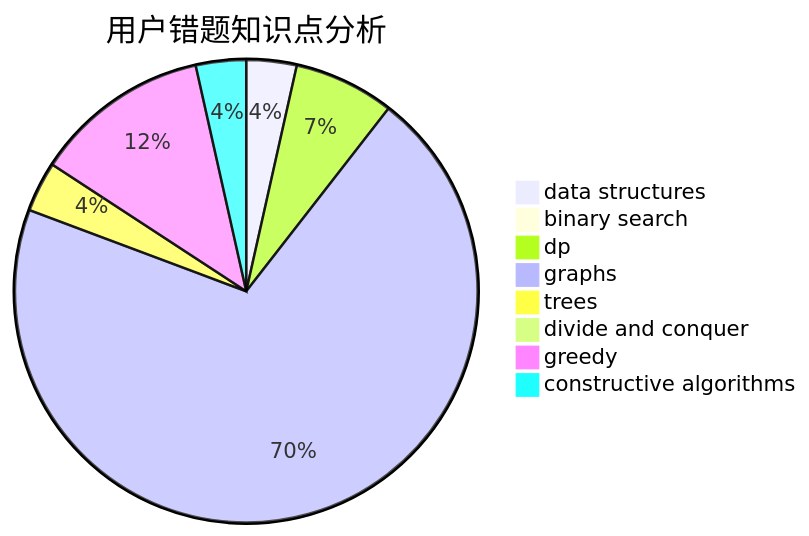
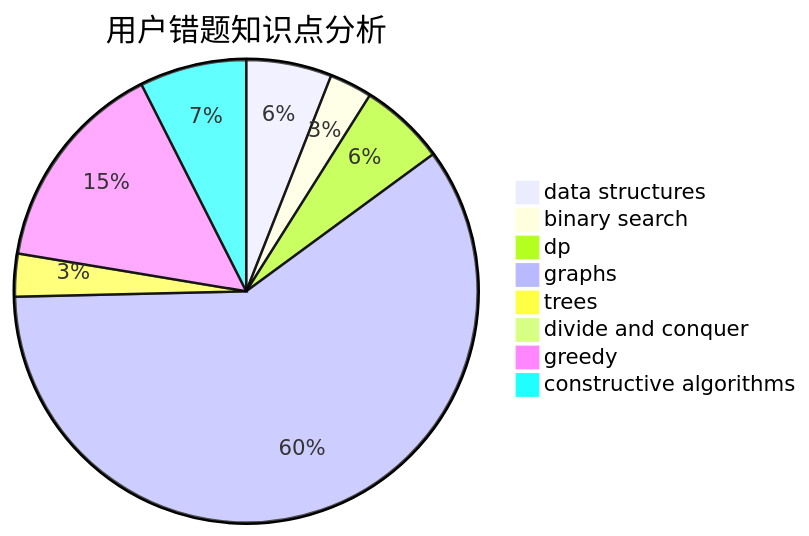
The third of 3 diagrams in docs/user/u2082.md (sherpahu/cfrs.github.io), drawn with Mermaid before and after one commit. The commit also changed other lines of this file and 2770 other files, not shown here.

````diff
--- a/docs/user/u2082.md
+++ b/docs/user/u2082.md
@@ -36,11 +36,11 @@
 ```mermaid
 pie title 用户错题知识点分析
-    "data structures" :  2
-    "binary search" :  0
+    "data structures" :  4
+    "binary search" :  2
     "dp" :  4
     "graphs" :  40
     "trees" :  2
     "divide and conquer" :  0
-    "greedy" :  7
-    "constructive algorithms" :  2
+    "greedy" :  10
+    "constructive algorithms" :  5
 ```
````
